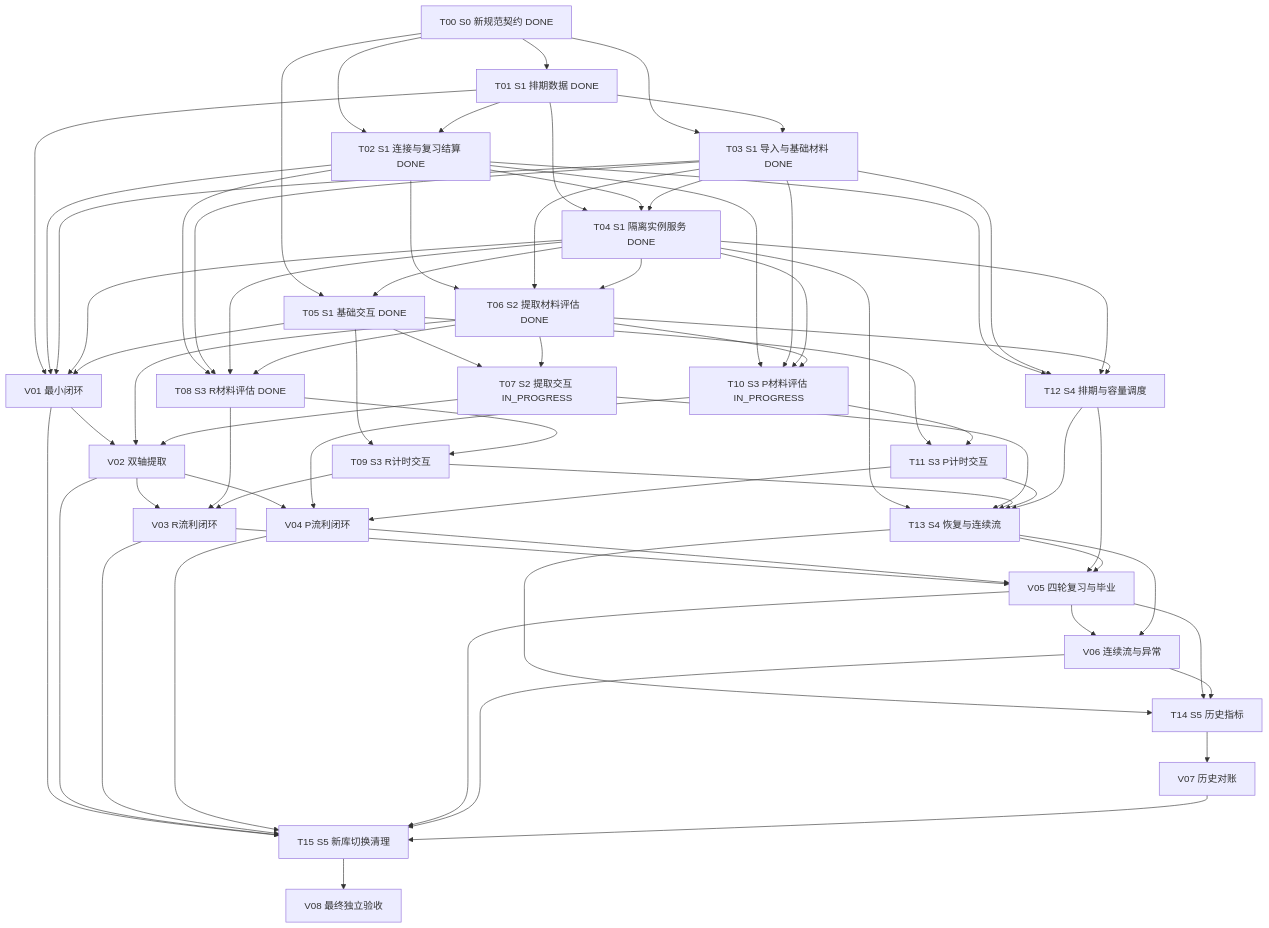
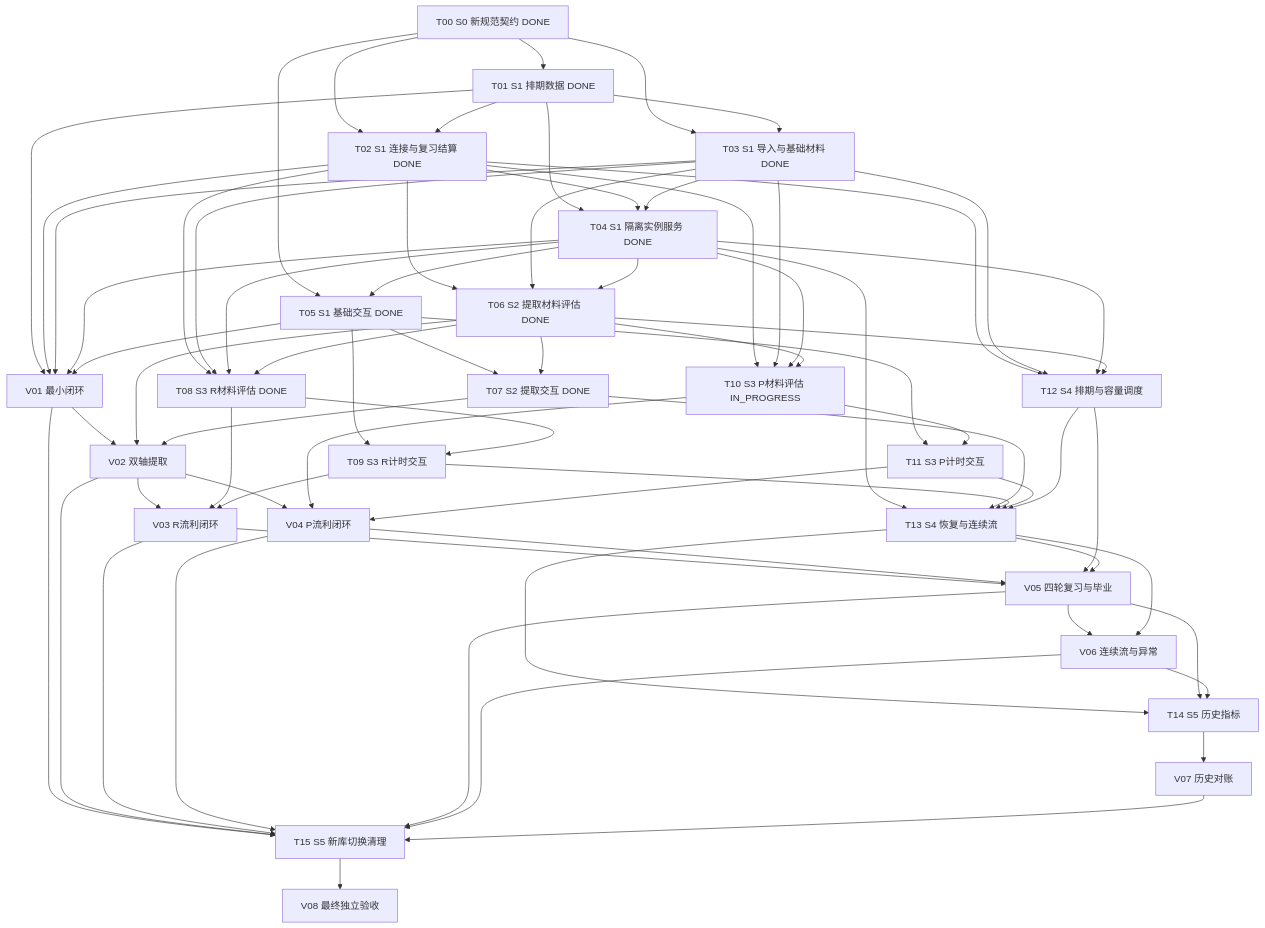
The diagram in docs/task-implementation-new-algorithm.md (logact/flow), drawn with Mermaid before and after one commit. The commit also changed other lines of this file and 6 other files, not shown here.

```diff
--- a/docs/task-implementation-new-algorithm.md
+++ b/docs/task-implementation-new-algorithm.md
@@ -342,7 +342,7 @@
   T05["T05 S1 基础交互 DONE"]
   V01["V01 最小闭环"]
   T06["T06 S2 提取材料评估 DONE"]
-  T07["T07 S2 提取交互 IN_PROGRESS"]
+  T07["T07 S2 提取交互 DONE"]
   V02["V02 双轴提取"]
   T08["T08 S3 R材料评估 DONE"]
   T09["T09 S3 R计时交互"]
```
